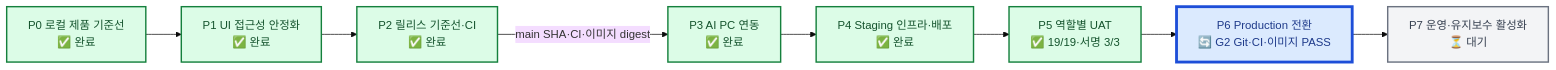
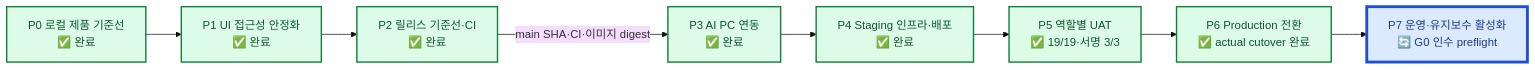
The diagram in docs/roadmap.md (visionlab-coder/sqcm-i-inventory-system), drawn with Mermaid (base theme) before and after one commit. The commit also changed other lines of this file and 3 other files, not shown here.

Commit message:
docs(p6): complete production cutover phase

````diff
--- a/docs/roadmap.md
+++ b/docs/roadmap.md
@@ -31,19 +31,19 @@
 ```mermaid
 flowchart LR
     P0["P0 로컬 제품 기준선<br/>✅ 완료"] --> P1["P1 UI 접근성 안정화<br/>✅ 완료"]
     P1 --> P2["P2 릴리스 기준선·CI<br/>✅ 완료"]
     P2 -->|"main SHA·CI·이미지 digest"| P3["P3 AI PC 연동<br/>✅ 완료"]
     P3 --> P4["P4 Staging 인프라·배포<br/>✅ 완료"]
     P4 --> P5["P5 역할별 UAT<br/>✅ 19/19·서명 3/3"]
-    P5 --> P6["P6 Production 전환<br/>🔄 G2 Git·CI·이미지 PASS"]
-    P6 --> P7["P7 운영·유지보수 활성화<br/>⏳ 대기"]
+    P5 --> P6["P6 Production 전환<br/>✅ actual cutover 완료"]
+    P6 --> P7["P7 운영·유지보수 활성화<br/>🔄 G0 인수 preflight"]
 
     classDef done fill:#DCFCE7,stroke:#15803D,color:#14532D,stroke-width:2px;
     classDef active fill:#DBEAFE,stroke:#1D4ED8,color:#1E3A8A,stroke-width:4px;
     classDef pending fill:#F3F4F6,stroke:#6B7280,color:#374151,stroke-width:2px;
     classDef hold fill:#FEF3C7,stroke:#B45309,color:#78350F,stroke-width:2px;
     classDef blocked fill:#FEE2E2,stroke:#B91C1C,color:#7F1D1D,stroke-width:4px;
     class P0,P1,P2,P3,P4,P5 done;
-    class P6 active;
-    class P7 pending;
+    class P6 done;
+    class P7 active;
 ```
````
